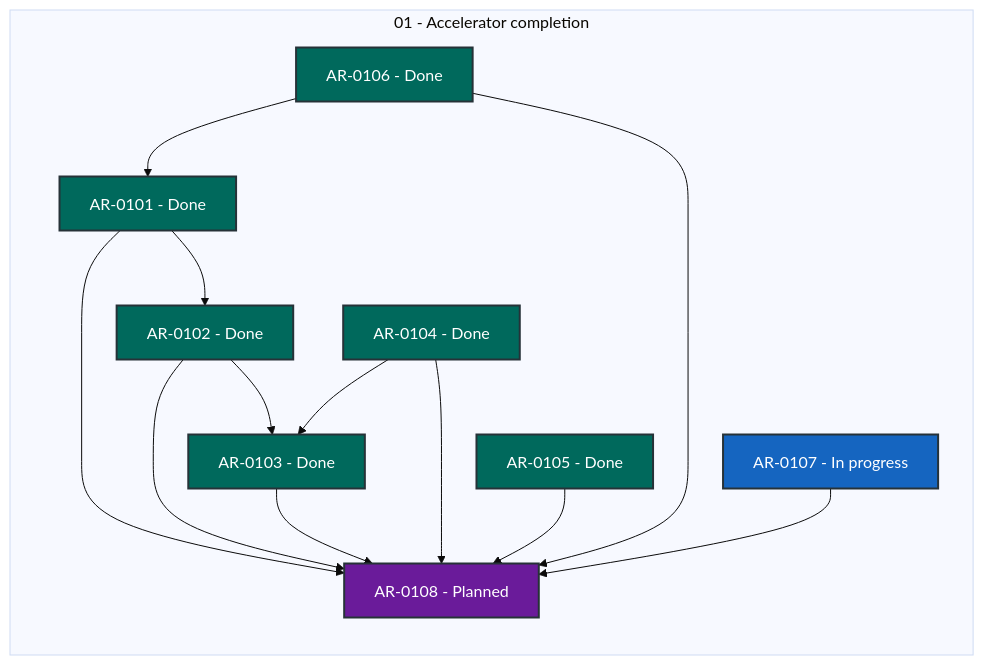
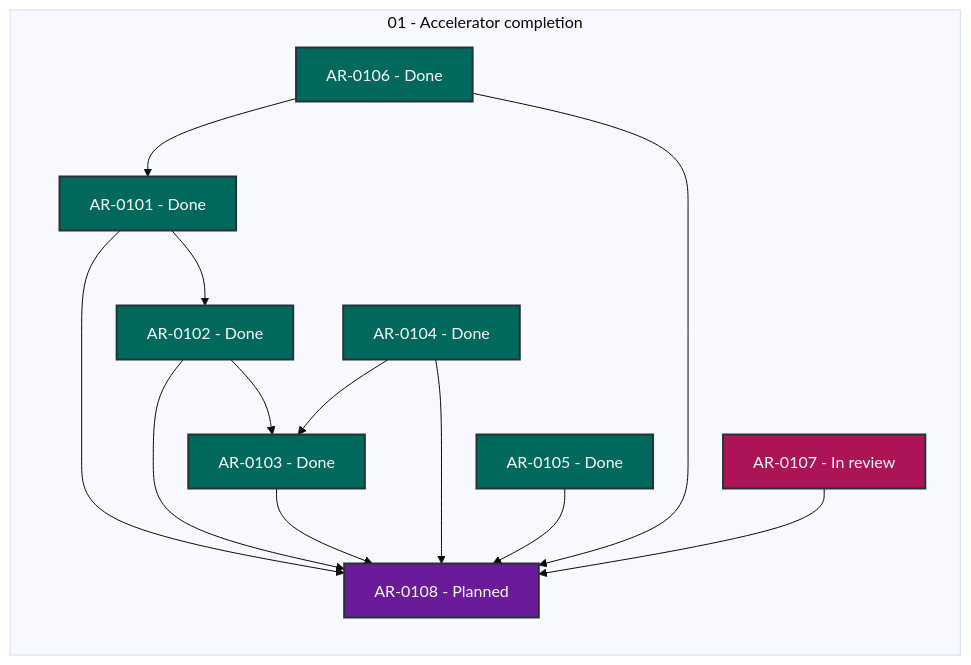
The diagram in coordination/STATUS.md (locutus3009/exgame), drawn with Mermaid (base theme) before and after one commit. The commit also changed other lines of this file and 2 other files, not shown here.

````diff
--- a/coordination/STATUS.md
+++ b/coordination/STATUS.md
@@ -28,34 +28,34 @@
 ```mermaid
 flowchart LR
     subgraph series_01["01 - Accelerator completion"]
         direction TB
         AR_0101["AR-0101 - Done"]:::status_done
         AR_0102["AR-0102 - Done"]:::status_done
         AR_0103["AR-0103 - Done"]:::status_done
         AR_0104["AR-0104 - Done"]:::status_done
         AR_0105["AR-0105 - Done"]:::status_done
         AR_0106["AR-0106 - Done"]:::status_done
-        AR_0107["AR-0107 - In progress"]:::status_in_progress
+        AR_0107["AR-0107 - In review"]:::status_in_review
         AR_0108["AR-0108 - Planned"]:::status_planned
     end
     AR_0101 --> AR_0102
     AR_0101 --> AR_0108
     AR_0102 --> AR_0103
     AR_0102 --> AR_0108
     AR_0103 --> AR_0108
     AR_0104 --> AR_0103
     AR_0104 --> AR_0108
     AR_0105 --> AR_0108
     AR_0106 --> AR_0101
     AR_0106 --> AR_0108
     AR_0107 --> AR_0108
     classDef status_in_progress fill:#1565c0,color:#ffffff,stroke:#263238,stroke-width:2px
     classDef status_in_review fill:#ad1457,color:#ffffff,stroke:#263238,stroke-width:2px
     classDef status_open fill:#2e7d32,color:#ffffff,stroke:#263238,stroke-width:2px
     classDef status_blocked fill:#c62828,color:#ffffff,stroke:#263238,stroke-width:2px
     classDef status_planned fill:#6a1b9a,color:#ffffff,stroke:#263238,stroke-width:2px
     classDef status_future fill:#455a64,color:#ffffff,stroke:#263238,stroke-width:2px
     classDef status_done fill:#00695c,color:#ffffff,stroke:#263238,stroke-width:2px
     classDef status_cancelled fill:#616161,color:#ffffff,stroke:#263238,stroke-width:2px
     classDef status_superseded fill:#5d4037,color:#ffffff,stroke:#263238,stroke-width:2px
 ```
````
